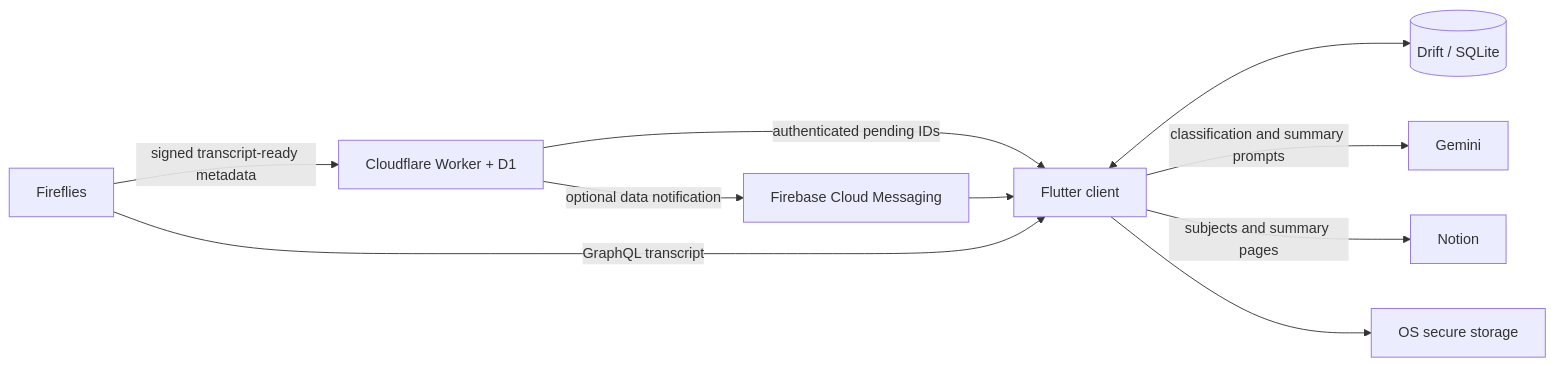
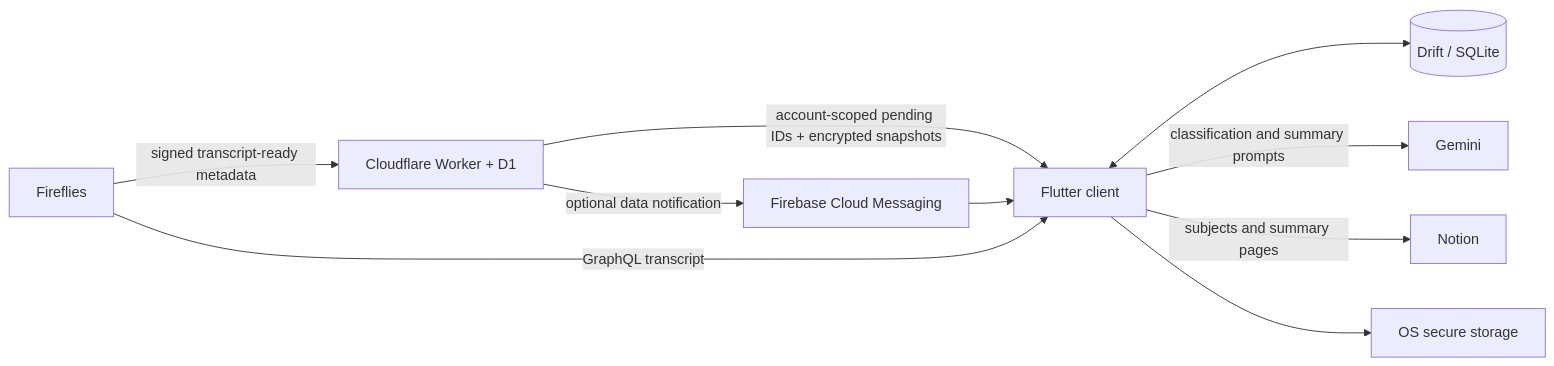
One commit to hugo2006alm/classsync changed the diagram in CONTEXT.md. Above: the diagram before and after it, drawn with Mermaid. The commit also changed other lines of this file and 32 other files, not shown here.

````diff
--- a/CONTEXT.md
+++ b/CONTEXT.md
@@ -22,12 +22,12 @@
 ```mermaid
 flowchart LR
   FF[Fireflies] -->|signed transcript-ready metadata| R[Cloudflare Worker + D1]
-  R -->|authenticated pending IDs| C[Flutter client]
+  R -->|account-scoped pending IDs + encrypted snapshots| C[Flutter client]
   FF -->|GraphQL transcript| C
   C <--> DB[(Drift / SQLite)]
   C -->|classification and summary prompts| G[Gemini]
   C -->|subjects and summary pages| N[Notion]
   C --> SS[OS secure storage]
   R -->|optional data notification| FCM[Firebase Cloud Messaging]
   FCM --> C
 ```
````
